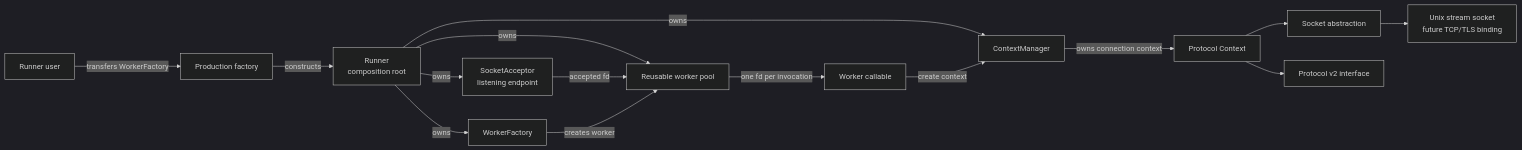
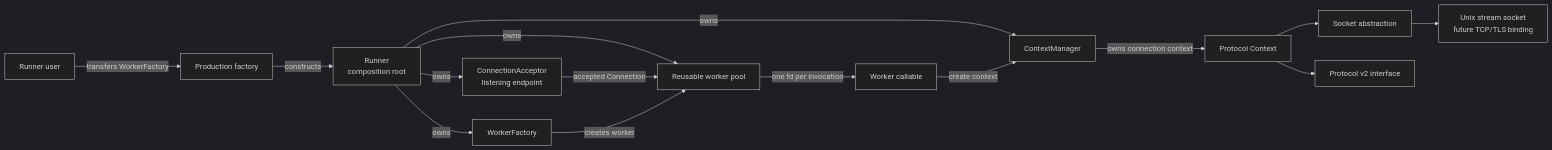
The diagram in doc/design/v2/runner/component_relationships.mmd (exasol/udf-runner-cpp), drawn with Mermaid (dark theme) before and after one commit. The commit also changed 17 other files, not shown here.

First line of the commit message:
#119: Implemented Connection Acceptor (#124)

```diff
--- a/doc/design/v2/runner/component_relationships.mmd
+++ b/doc/design/v2/runner/component_relationships.mmd
@@ -1,15 +1,15 @@
 flowchart LR
     User[Runner user] -->|transfers WorkerFactory| Production[Production factory]
     Production -->|constructs| Runner[Runner\ncomposition root]
     Runner -->|owns| Factory[WorkerFactory]
-    Runner -->|owns| Acceptor[SocketAcceptor\nlistening endpoint]
+    Runner -->|owns| Acceptor[ConnectionAcceptor\nlistening endpoint]
     Runner -->|owns| Queue[Reusable worker pool]
     Runner -->|owns| Manager[ContextManager]
-    Acceptor -->|accepted fd| Queue
+    Acceptor -->|accepted Connection| Queue
     Factory -->|creates worker| Queue
     Queue -->|one fd per invocation| Worker[Worker callable]
     Worker -->|create context| Manager[ContextManager]
     Manager -->|owns connection context| Context[Protocol Context]
     Context --> Socket[Socket abstraction]
     Socket --> Transport[Unix stream socket\nfuture TCP/TLS binding]
     Context --> V2[Protocol v2 interface]
```
